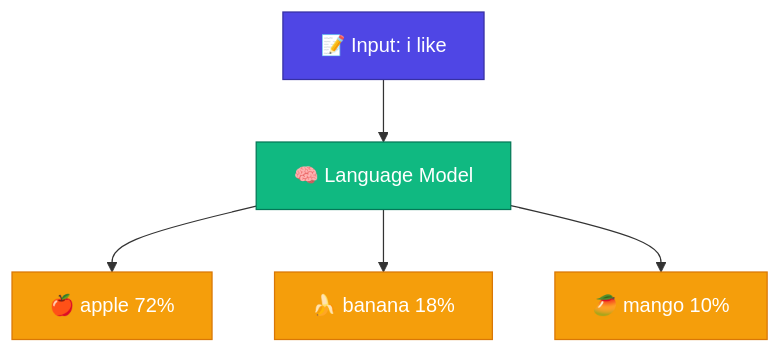
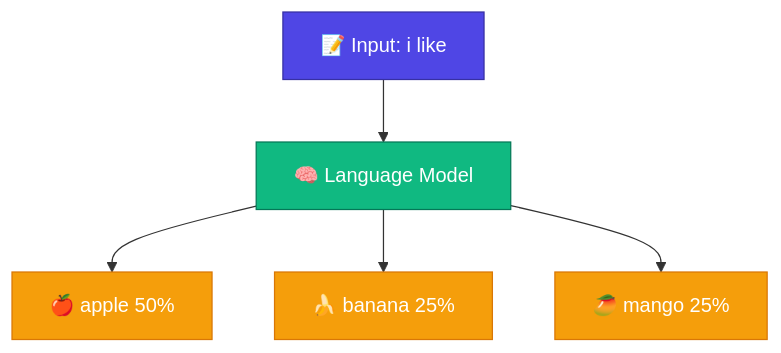
One commit to bhNibir/build-own-llm changed the first of 2 diagrams in content/docs/part-01-tokenizer/01-llm-kivabe-kaj-kore.mdx. Above: the diagram before and after it, drawn with Mermaid. The commit also changed other lines of this file and 17 other files, not shown here.

````diff
--- a/content/docs/part-01-tokenizer/01-llm-kivabe-kaj-kore.mdx
+++ b/content/docs/part-01-tokenizer/01-llm-kivabe-kaj-kore.mdx
@@ -14,10 +14,10 @@
 ```mermaid
 flowchart TD
     input["📝 Input: i like"]:::input --> model["🧠 Language Model"]:::process
-    model --> apple["🍎 apple 72%"]:::out
-    model --> banana["🍌 banana 18%"]:::out
-    model --> mango["🥭 mango 10%"]:::out
+    model --> apple["🍎 apple 50%"]:::out
+    model --> banana["🍌 banana 25%"]:::out
+    model --> mango["🥭 mango 25%"]:::out
     classDef input fill:#4F46E5,color:#fff,stroke:#3730A3
     classDef process fill:#10B981,color:#fff,stroke:#047857
     classDef out fill:#F59E0B,color:#fff,stroke:#D97706
 ```
````
